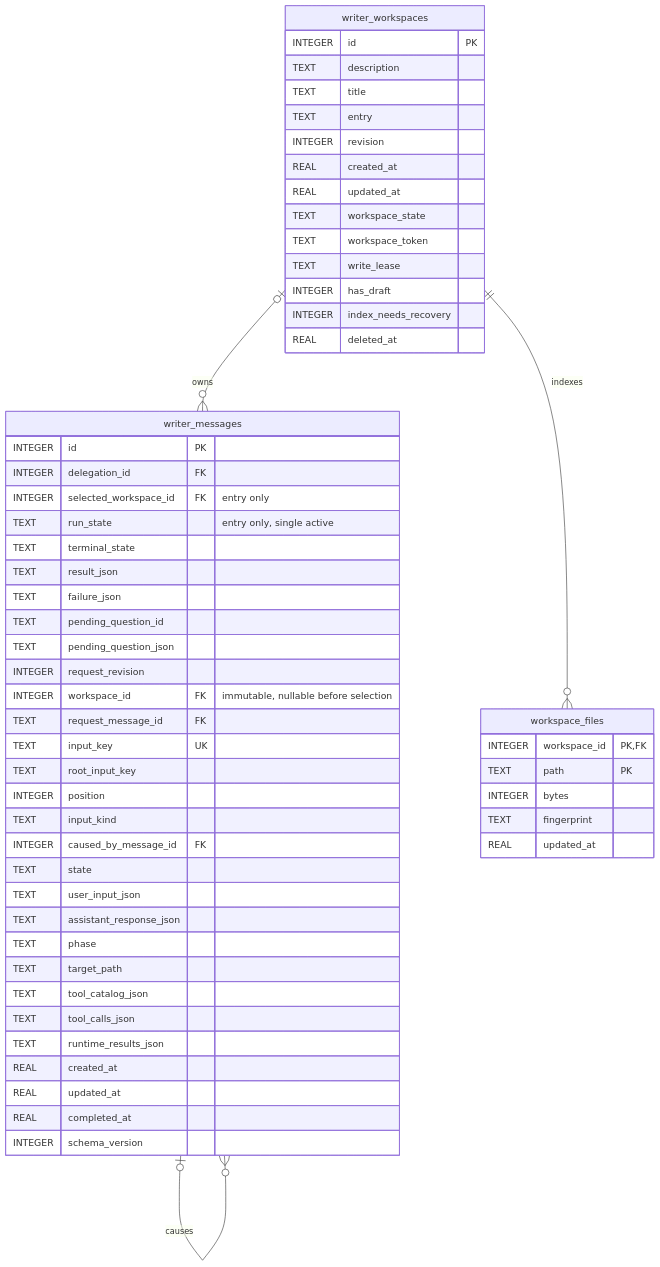
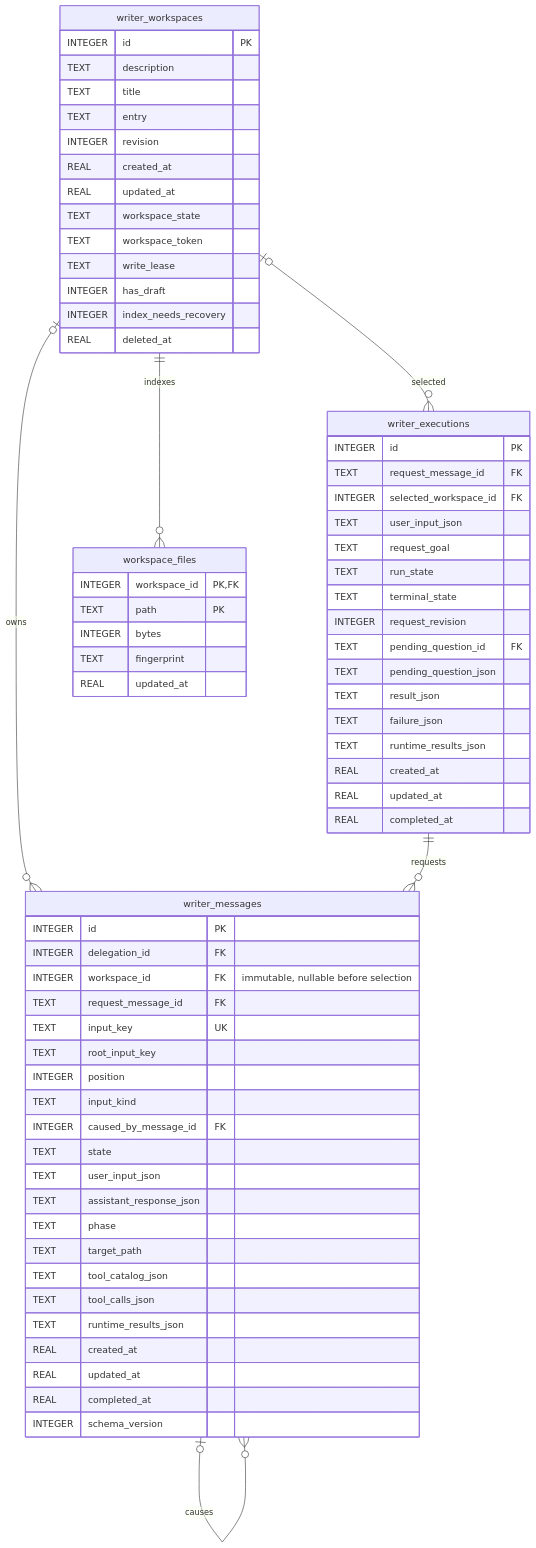
The second of 3 diagrams in MobileHarness/Storage/Database/README.md (devilyouwei/MobileHarness), drawn with Mermaid before and after one commit. The commit also changed other lines of this file and 209 other files, not shown here.

````diff
--- a/MobileHarness/Storage/Database/README.md
+++ b/MobileHarness/Storage/Database/README.md
@@ -94,59 +95,71 @@
 ```mermaid
 erDiagram
     writer_workspaces o|--o{ writer_messages : owns
+    writer_workspaces o|--o{ writer_executions : selected
+    writer_executions ||--o{ writer_messages : requests
     writer_workspaces ||--o{ workspace_files : indexes
     writer_messages o|--o{ writer_messages : causes
     writer_workspaces {
         INTEGER id PK
         TEXT description
         TEXT title
         TEXT entry
         INTEGER revision
         REAL created_at
         REAL updated_at
         TEXT workspace_state
         TEXT workspace_token
         TEXT write_lease
         INTEGER has_draft
         INTEGER index_needs_recovery
         REAL deleted_at
     }
+    writer_executions {
+        INTEGER id PK
+        TEXT request_message_id FK
+        INTEGER selected_workspace_id FK
+        TEXT user_input_json
+        TEXT request_goal
+        TEXT run_state
+        TEXT terminal_state
+        INTEGER request_revision
+        TEXT pending_question_id FK
+        TEXT pending_question_json
+        TEXT result_json
+        TEXT failure_json
+        TEXT runtime_results_json
+        REAL created_at
+        REAL updated_at
+        REAL completed_at
+    }
     writer_messages {
         INTEGER id PK
         INTEGER delegation_id FK
-        INTEGER selected_workspace_id FK "entry only"
-        TEXT run_state "entry only, single active"
-        TEXT terminal_state
-        TEXT result_json
-        TEXT failure_json
-        TEXT pending_question_id
-        TEXT pending_question_json
-        INTEGER request_revision
         INTEGER workspace_id FK "immutable, nullable before selection"
         TEXT request_message_id FK
         TEXT input_key UK
         TEXT root_input_key
         INTEGER position
         TEXT input_kind
         INTEGER caused_by_message_id FK
         TEXT state
         TEXT user_input_json
         TEXT assistant_response_json
         TEXT phase
         TEXT target_path
         TEXT tool_catalog_json
         TEXT tool_calls_json
         TEXT runtime_results_json
         REAL created_at
         REAL updated_at
         REAL completed_at
         INTEGER schema_version
     }
     workspace_files {
         INTEGER workspace_id PK,FK
         TEXT path PK
         INTEGER bytes
         TEXT fingerprint
         REAL updated_at
     }
 ```
````
